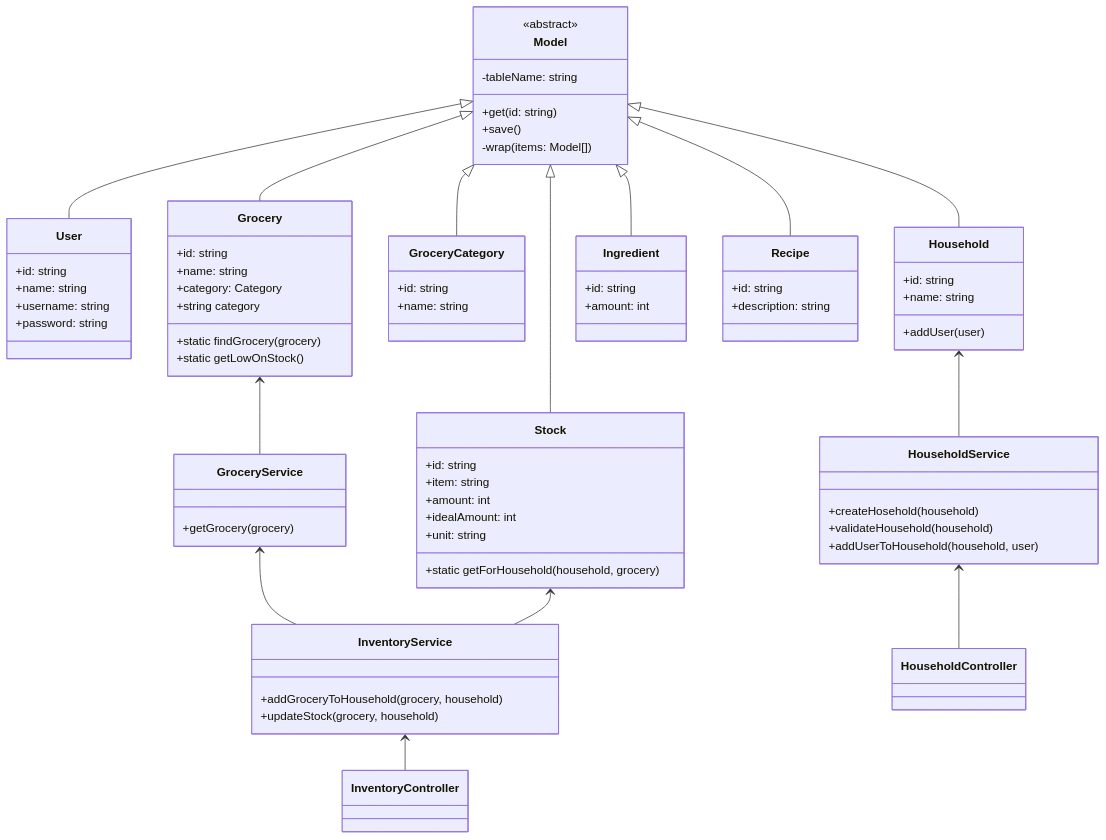
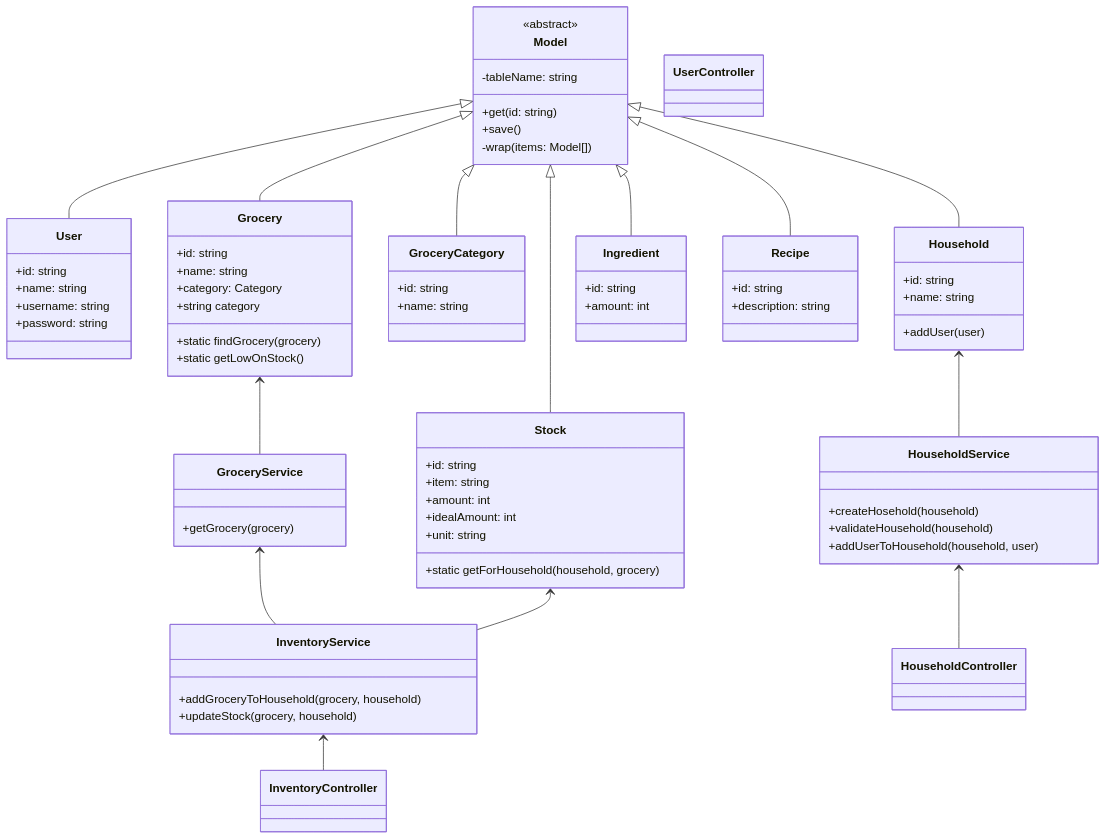
Before and after one commit to danielplan/wastend: the diagram in docs/backend-class-diagram.md, drawn with Mermaid. The commit also changed 27 other files, not shown here.

```diff
--- a/docs/backend-class-diagram.md
+++ b/docs/backend-class-diagram.md
@@ -63,6 +63,9 @@
 class InventoryController {
     
 }
+class UserController {
+    
+}
 class HouseholdController {
     
 }
```
